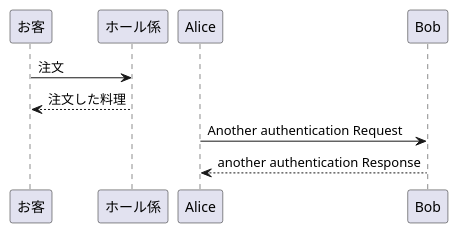
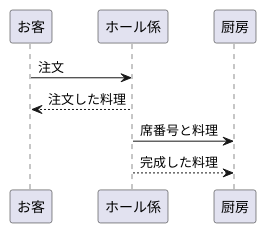
The diagram in kadai2.md (Aso2001397/2021sys-design), drawn with PlantUML before and after one commit.

````diff
--- a/kadai2.md
+++ b/kadai2.md
@@ -1,9 +1,8 @@
 ```uml
 @startuml
 お客 -> ホール係: 注文
 ホール係 --> お客: 注文した料理
-
-Alice -> Bob: Another authentication Request
-Alice <-- Bob: another authentication Response
+ホール係 -> 厨房: 席番号と料理
+厨房 <-- ホール係: 完成した料理
 @enduml
 ```
````
